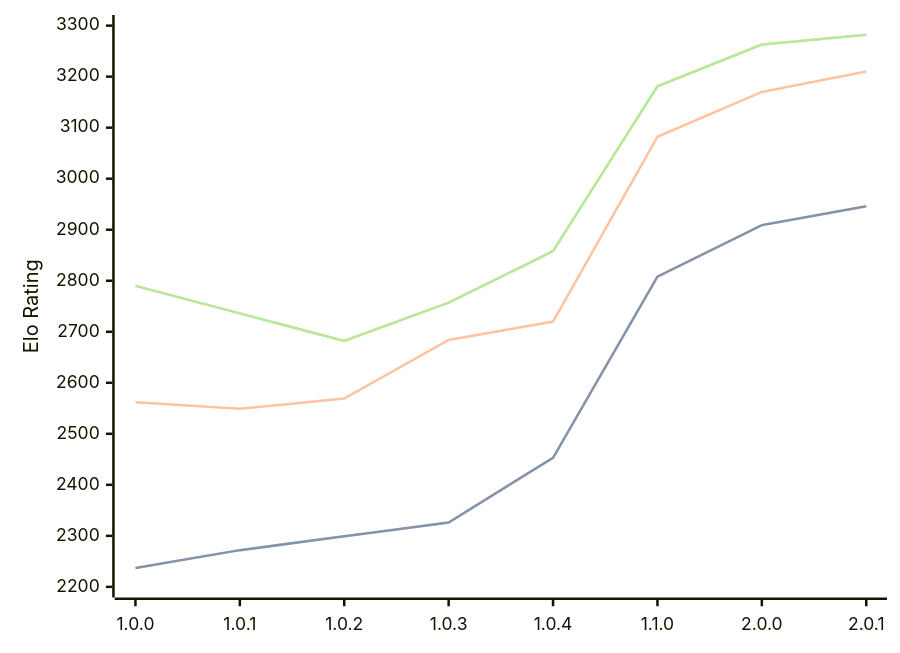
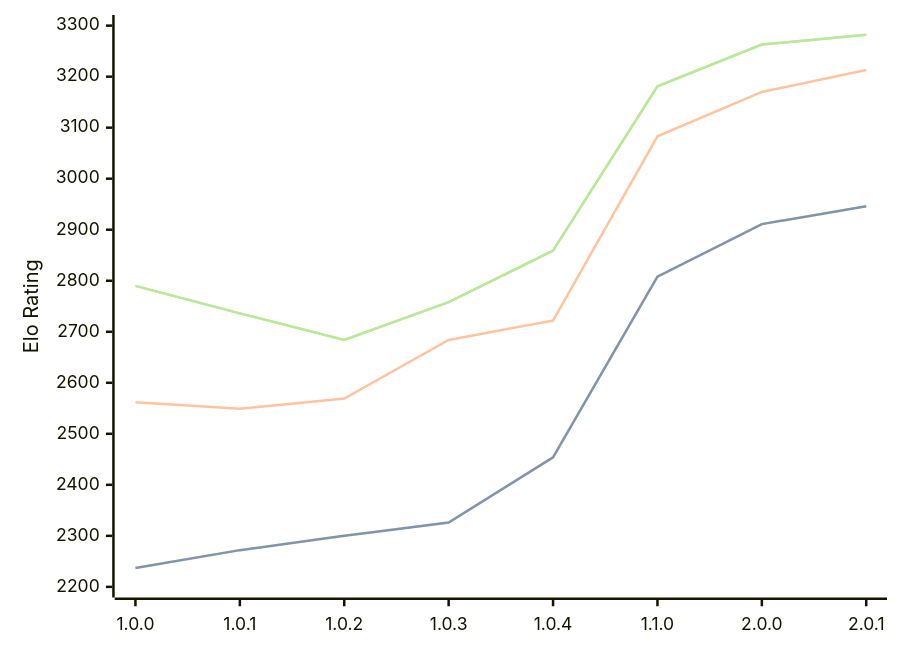
The diagram in engines/Grail.md (computer-chess-index/cci), drawn with Mermaid before and after one commit. The commit also changed other lines of this file, not shown here.

Commit message:
Update CCI Ratings (ELO VLTC) - 2026-09-14

````diff
--- a/engines/Grail.md
+++ b/engines/Grail.md
@@ -38,11 +38,11 @@
 ```mermaid
 %%{init: {"theme":"base","themeVariables":{"seriesColors:['#a3a3a3','#222221','#faa371']}}}%%
 xychart-beta
   x-axis ["1.0.0", "1.0.1", "1.0.2", "1.0.3", "1.0.4", "1.1.0", "2.0.0", "2.0.1"]
   y-axis "Elo Rating" 2200 --> 3300
-  line "" [2237, 2272, 2299, 2326, 2453, 2808, 2909, 2946]
-  line "STC (8.0+0.08s)" [2237, 2272, 2299, 2326, 2453, 2808, 2909, 2946]
-  line "LTC (60.0+0.60s)" [2562, 2549, 2569, 2684, 2720, 3082, 3170, 3210]
-  line "" [2790, 2736, 2682, 2757, 2858, 3181, 3263, 3282]
-  line "VLTC (2m24s+1.12s)" [2790, 2736, 2682, 2757, 2858, 3181, 3263, 3282]
+  line "" [2237, 2272, 2300, 2326, 2454, 2808, 2911, 2946]
+  line "STC (8.0+0.08s)" [2237, 2272, 2300, 2326, 2454, 2808, 2911, 2946]
+  line "LTC (60.0+0.60s)" [2562, 2549, 2569, 2684, 2722, 3083, 3170, 3213]
+  line "" [2790, 2736, 2684, 2758, 2859, 3181, 3263, 3282]
+  line "VLTC (2m24s+1.12s)" [2790, 2736, 2684, 2758, 2859, 3181, 3263, 3282]
 ```
````
